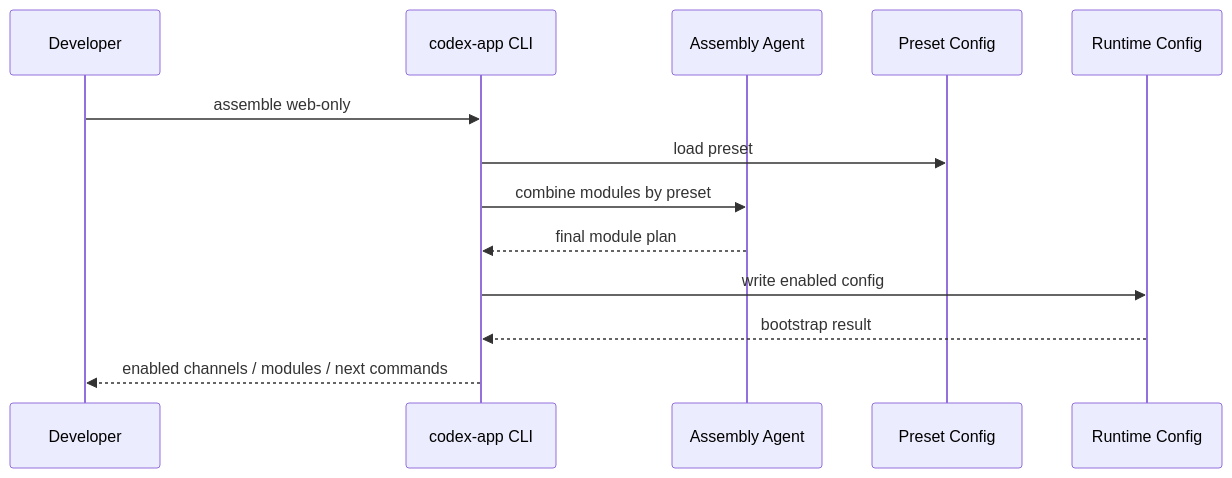
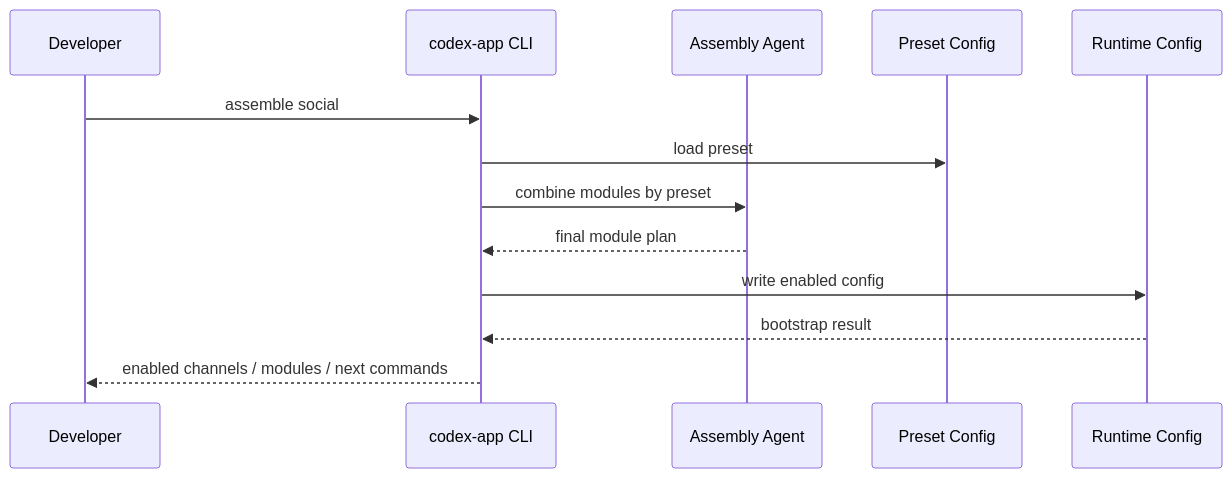
One commit to nova-infra/codex-app changed the fourth of 4 diagrams in docs/architecture/README.md. Above: the diagram before and after it, drawn with Mermaid. The commit also changed other lines of this file and 32 other files, not shown here.

````diff
--- a/docs/architecture/README.md
+++ b/docs/architecture/README.md
@@ -169,16 +173,16 @@
 ```mermaid
 sequenceDiagram
     participant Dev as Developer
     participant CLI as codex-app CLI
     participant Agent as Assembly Agent
     participant Preset as Preset Config
     participant Runtime as Runtime Config
 
-    Dev->>CLI: assemble web-only
+    Dev->>CLI: assemble social
     CLI->>Preset: load preset
     CLI->>Agent: combine modules by preset
     Agent-->>CLI: final module plan
     CLI->>Runtime: write enabled config
     Runtime-->>CLI: bootstrap result
     CLI-->>Dev: enabled channels / modules / next commands
 ```
````
